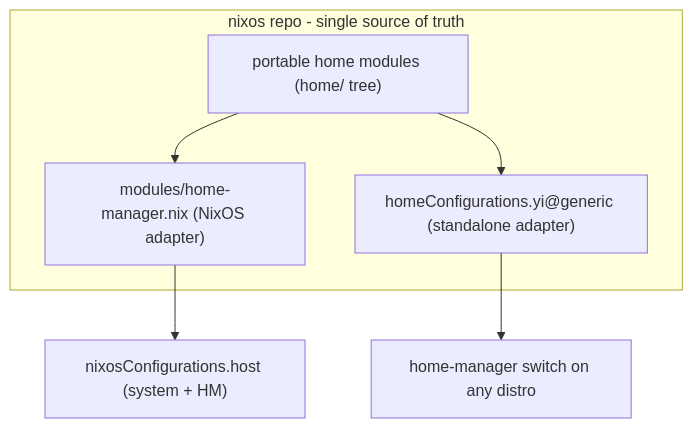
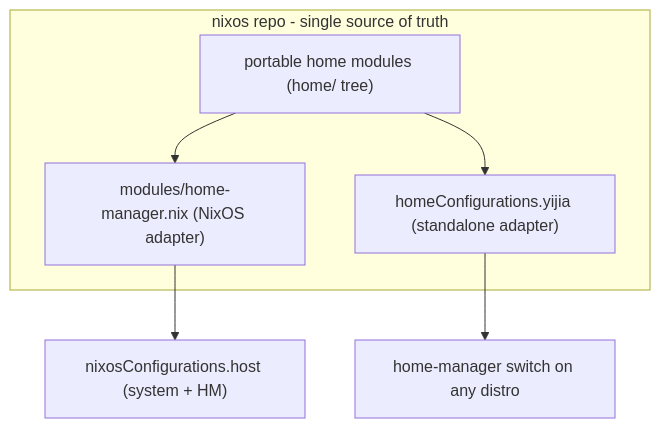
Before and after one commit to categoricalcat/nixos: the diagram in docs/src/plans/home-manager-port.md, drawn with Mermaid. The commit also changed other lines of this file and 3 other files, not shown here.

Commit message:
refactor: rename standalone home configuration from yi@generic to yijia and remove deprecated build step from CI

````diff
--- a/docs/src/plans/home-manager-port.md
+++ b/docs/src/plans/home-manager-port.md
@@ -16,12 +16,12 @@
 ```mermaid
 flowchart TD
   subgraph nixosrepo [nixos repo - single source of truth]
     hm["portable home modules (home/ tree)"]
     mkHome["modules/home-manager.nix (NixOS adapter)"]
-    hmGeneric["homeConfigurations.yi@generic (standalone adapter)"]
+    hmGeneric["homeConfigurations.yijia (standalone adapter)"]
   end
   hm --> mkHome
   hm --> hmGeneric
   mkHome --> nixosCfg["nixosConfigurations.host (system + HM)"]
   hmGeneric --> otherOS["home-manager switch on any distro"]
 ```
````
